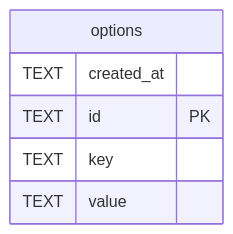
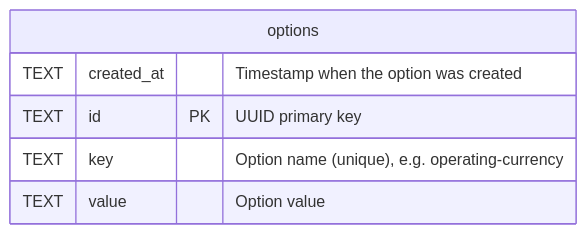
One commit to drummonds/go-luca changed the diagram in docs/schema/options.md. Above: the diagram before and after it, drawn with Mermaid. The commit also changed other lines of this file and 42 other files, not shown here.

Commit message:
Reorganising schema

````diff
--- a/docs/schema/options.md
+++ b/docs/schema/options.md
@@ -45,11 +48,11 @@
 ```mermaid
 erDiagram
 
 
 "options" {
-  TEXT created_at ""
-  TEXT id PK ""
-  TEXT key ""
-  TEXT value ""
+  TEXT created_at "Timestamp when the option was created"
+  TEXT id PK "UUID primary key"
+  TEXT key "Option name (unique), e.g. operating-currency"
+  TEXT value "Option value"
 }
 ```
````
